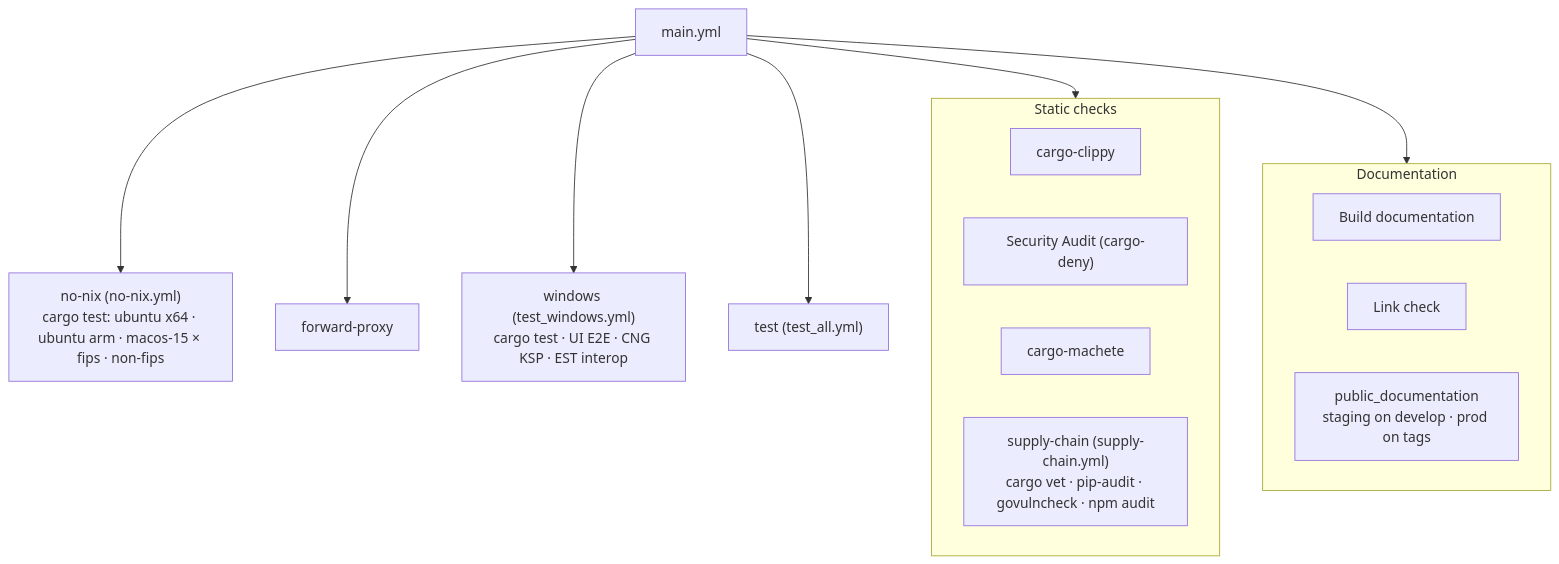
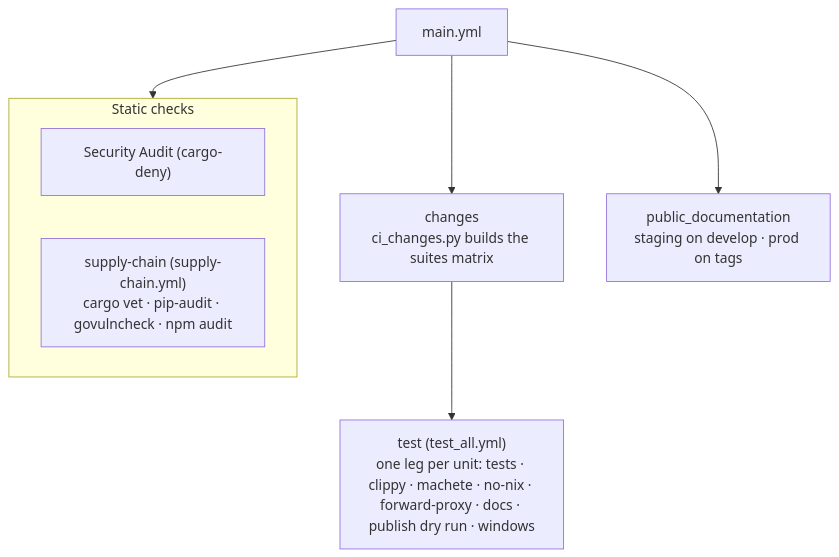
Before and after one commit to Cosmian/kms: the second of 3 diagrams in .github/workflows/README_main.md, drawn with Mermaid. The commit also changed other lines of this file and 19 other files, not shown here.

First line of the commit message:
ci: run every unit as a leg of one test-suites matrix, selected by ci-paths.toml

````diff
--- a/.github/workflows/README_main.md
+++ b/.github/workflows/README_main.md
@@ -36,20 +33,13 @@
 ```mermaid
 flowchart TB
     Main["main.yml"]
+    Changes["changes<br/>ci_changes.py builds the suites matrix"]
     subgraph Static["Static checks"]
-        Clippy["cargo-clippy"]
         Deny["Security Audit (cargo-deny)"]
-        Machete["cargo-machete"]
         Supply["supply-chain (supply-chain.yml)<br/>cargo vet · pip-audit · govulncheck · npm audit"]
     end
-    subgraph Docs["Documentation"]
-        DocBuild["Build documentation"]
-        Links["Link check"]
-        PubDoc["public_documentation<br/>staging on develop · prod on tags"]
-    end
-    NoNix["no-nix (no-nix.yml)<br/>cargo test: ubuntu x64 · ubuntu arm · macos-15 × fips · non-fips"]
-    Proxy["forward-proxy"]
-    Win["windows (test_windows.yml)<br/>cargo test · UI E2E · CNG KSP · EST interop"]
-    TestAll["test (test_all.yml)"]
-    Main --> Static & Docs & NoNix & Proxy & Win & TestAll
+    PubDoc["public_documentation<br/>staging on develop · prod on tags"]
+    TestAll["test (test_all.yml)<br/>one leg per unit: tests · clippy · machete · no-nix · forward-proxy · docs · publish dry run · windows"]
+    Main --> Changes & Static & PubDoc
+    Changes --> TestAll
 ```
````
